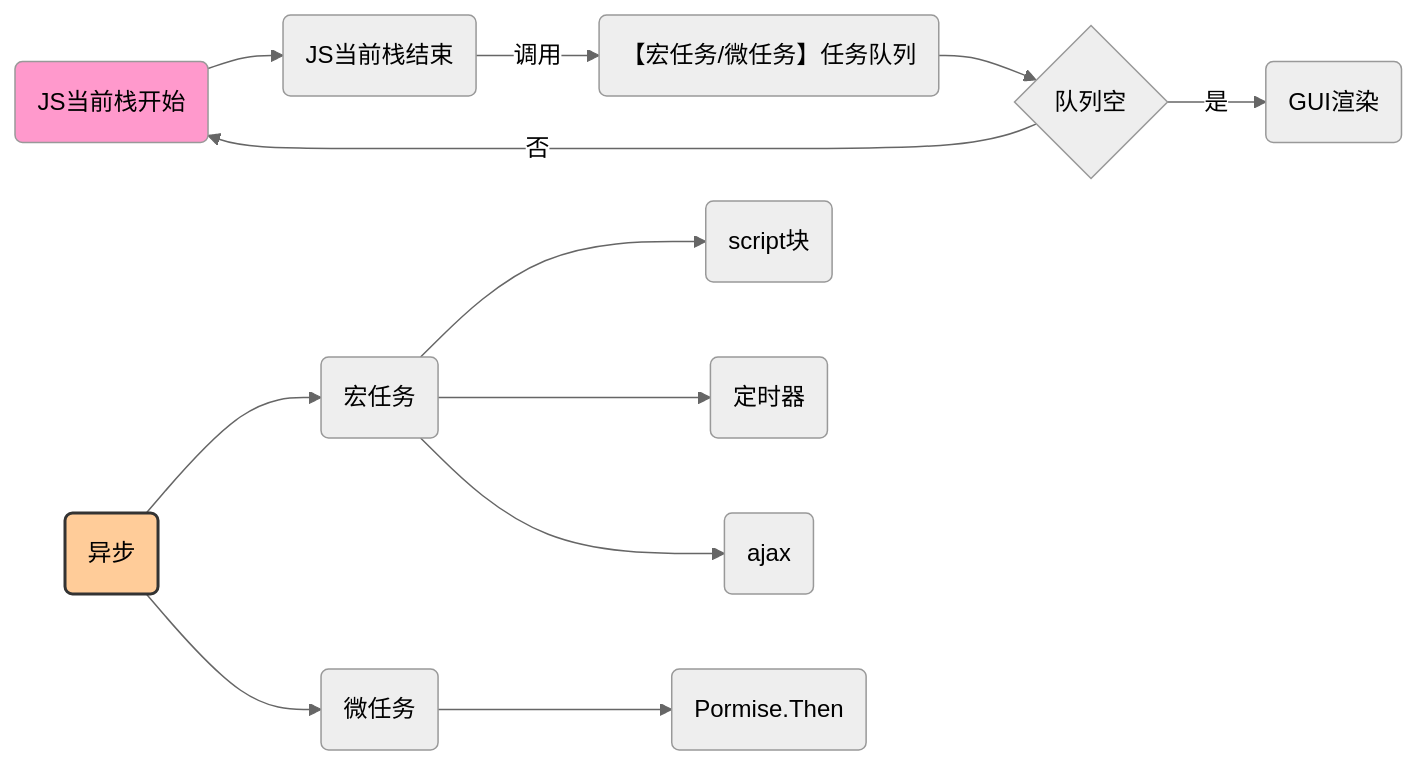
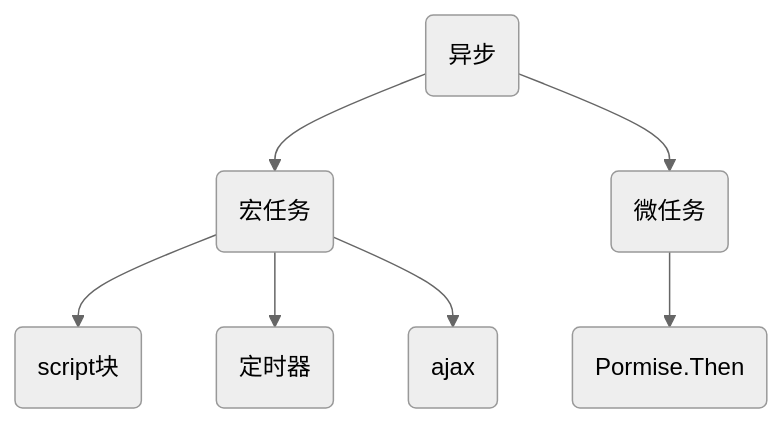
Before and after one commit to zheng-dev/zheng-dev.github.io: the second of 2 diagrams in web.md, drawn with Mermaid (neutral theme).

Commit message:
js线程

````diff
--- a/web.md
+++ b/web.md
@@ -42,16 +49,10 @@
 ```mermaid
-graph LR
-js("JS当前栈开始")-->js_end("JS当前栈结束")--"调用"-->que("【宏任务/微任务】任务队列")-->que_c{"队列空"}--"是"-->g("GUI渲染")
-que_c--"否"-->js
-
-style js fill:#f9c
-
+graph TD
 macro("宏任务")-->s1("script块")
 macro-->timeout("定时器")
 macro-->ajax("ajax")
 micro("微任务")-->pt("Pormise.Then")
 async("异步")-->macro
 async-->micro
-style async fill:#fc9,stroke:#333,stroke-width:2px
 
 ```
````
